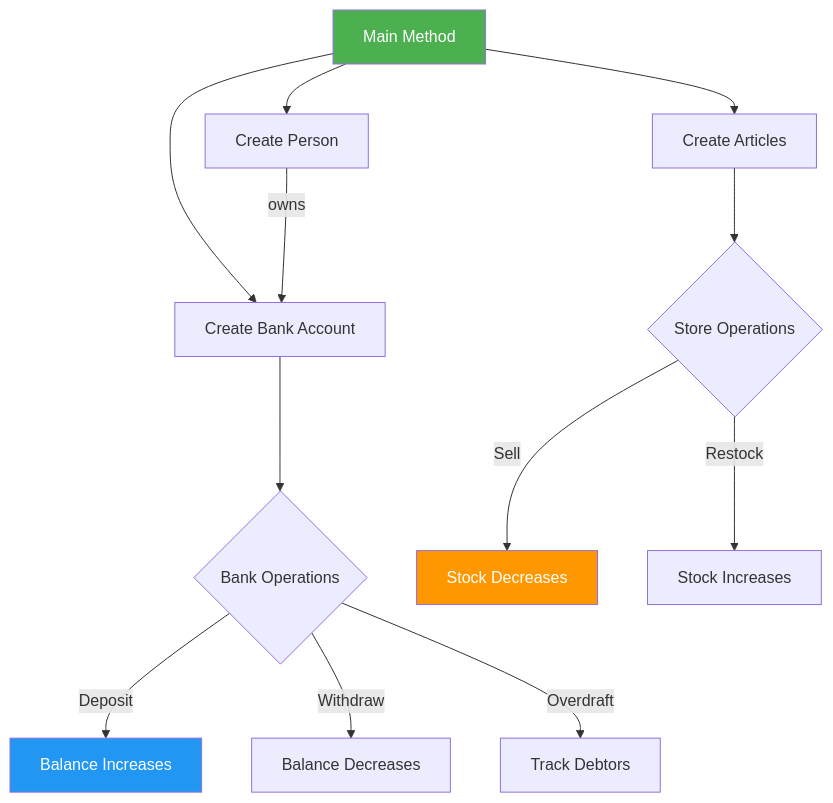
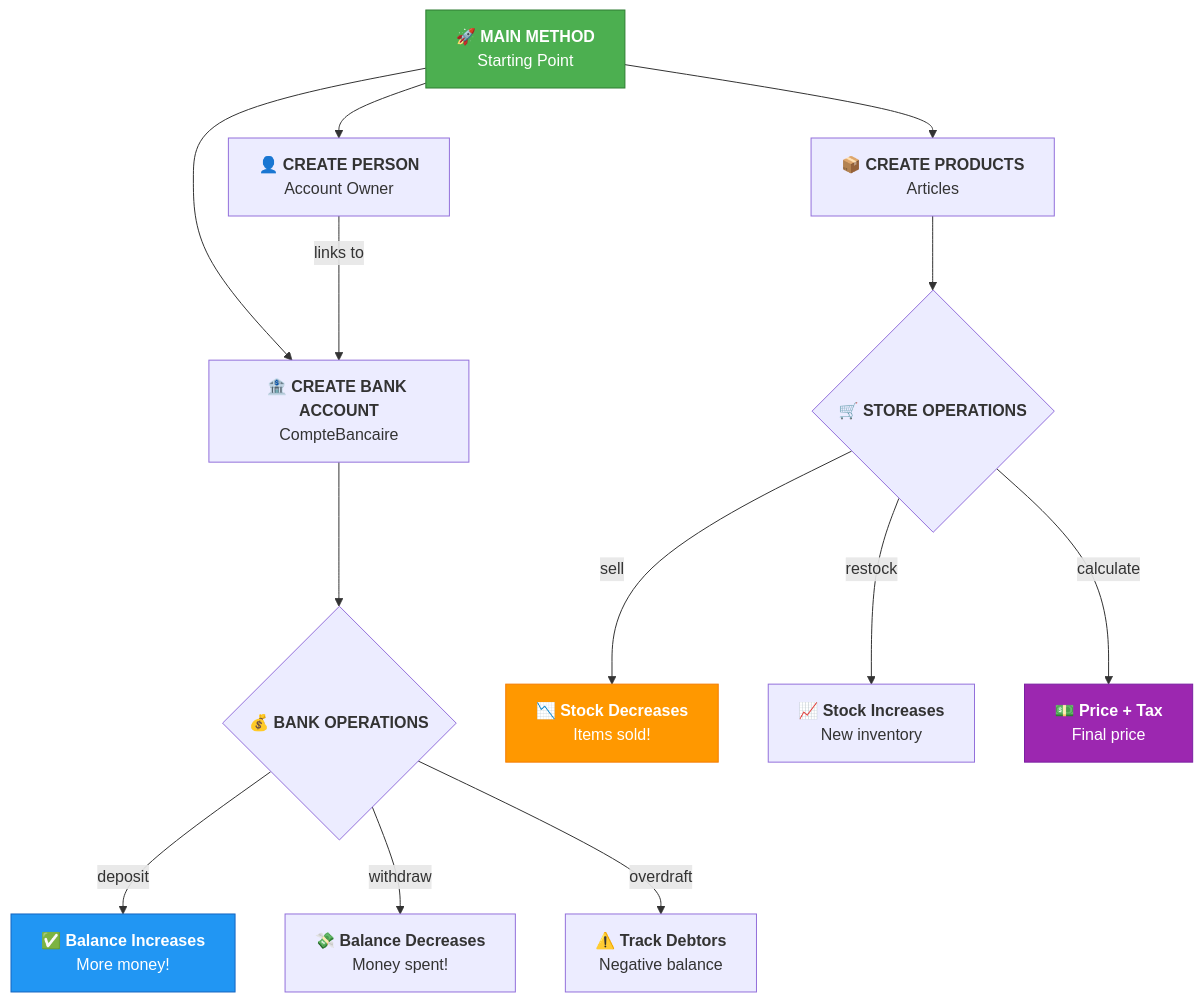
One commit to Lagmouchyoussef/java-oop-bank-store---Simple-and-descriptive changed the third of 3 diagrams in README.md. Above: the diagram before and after it, drawn with Mermaid. The commit also changed other lines of this file, not shown here.

````diff
--- a/README.md
+++ b/README.md
@@ -361,21 +506,24 @@
 ```mermaid
 flowchart TD
-    A[Main Method] --> B[Create Person]
-    A --> C[Create Bank Account]
-    A --> D[Create Articles]
+    A[<b>🚀 MAIN METHOD</b><br/>Starting Point] --> B[<b>👤 CREATE PERSON</b><br/>Account Owner]
+    A --> C[<b>🏦 CREATE BANK ACCOUNT</b><br/>CompteBancaire]
+    A --> D[<b>📦 CREATE PRODUCTS</b><br/>Articles]
     
-    B -->|owns| C
-    C --> E{Bank Operations}
-    D --> F{Store Operations}
+    B -->|links to| C
     
-    E -->|Deposit| G[Balance Increases]
-    E -->|Withdraw| H[Balance Decreases]
-    E -->|Overdraft| I[Track Debtors]
+    C --> E{<b>💰 BANK OPERATIONS</b>}
+    D --> F{<b>🛒 STORE OPERATIONS</b>}
     
-    F -->|Sell| J[Stock Decreases]
-    F -->|Restock| K[Stock Increases]
+    E -->|deposit| G[<b>✅ Balance Increases</b><br/>More money!]
+    E -->|withdraw| H[<b>💸 Balance Decreases</b><br/>Money spent!]
+    E -->|overdraft| I[<b>⚠️ Track Debtors</b><br/>Negative balance]
     
-    style A fill:#4CAF50,color:#fff
-    style G fill:#2196F3,color:#fff
-    style J fill:#FF9800,color:#fff
+    F -->|sell| J[<b>📉 Stock Decreases</b><br/>Items sold!]
+    F -->|restock| K[<b>📈 Stock Increases</b><br/>New inventory]
+    F -->|calculate| L[<b>💵 Price + Tax</b><br/>Final price]
+    
+    style A fill:#4CAF50,color:#fff,stroke:#2E7D32
+    style G fill:#2196F3,color:#fff,stroke:#1565C0
+    style J fill:#FF9800,color:#fff,stroke:#F57C00
+    style L fill:#9C27B0,color:#fff,stroke:#7B1FA2
 ```
````
